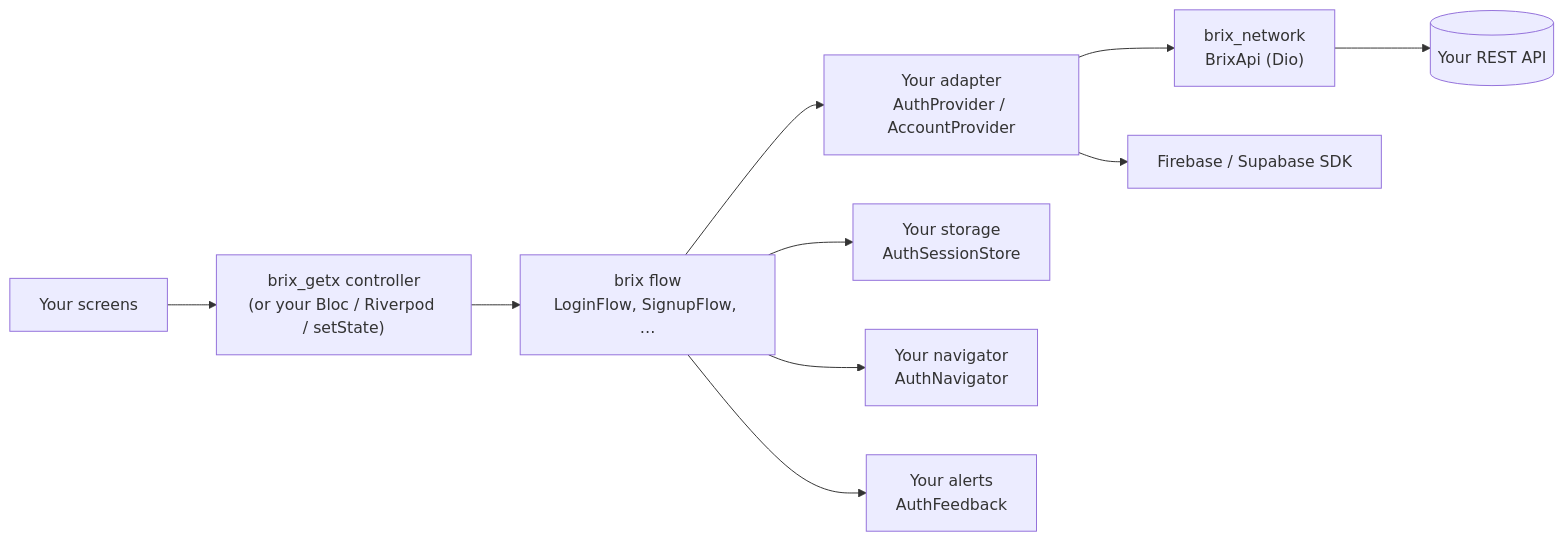
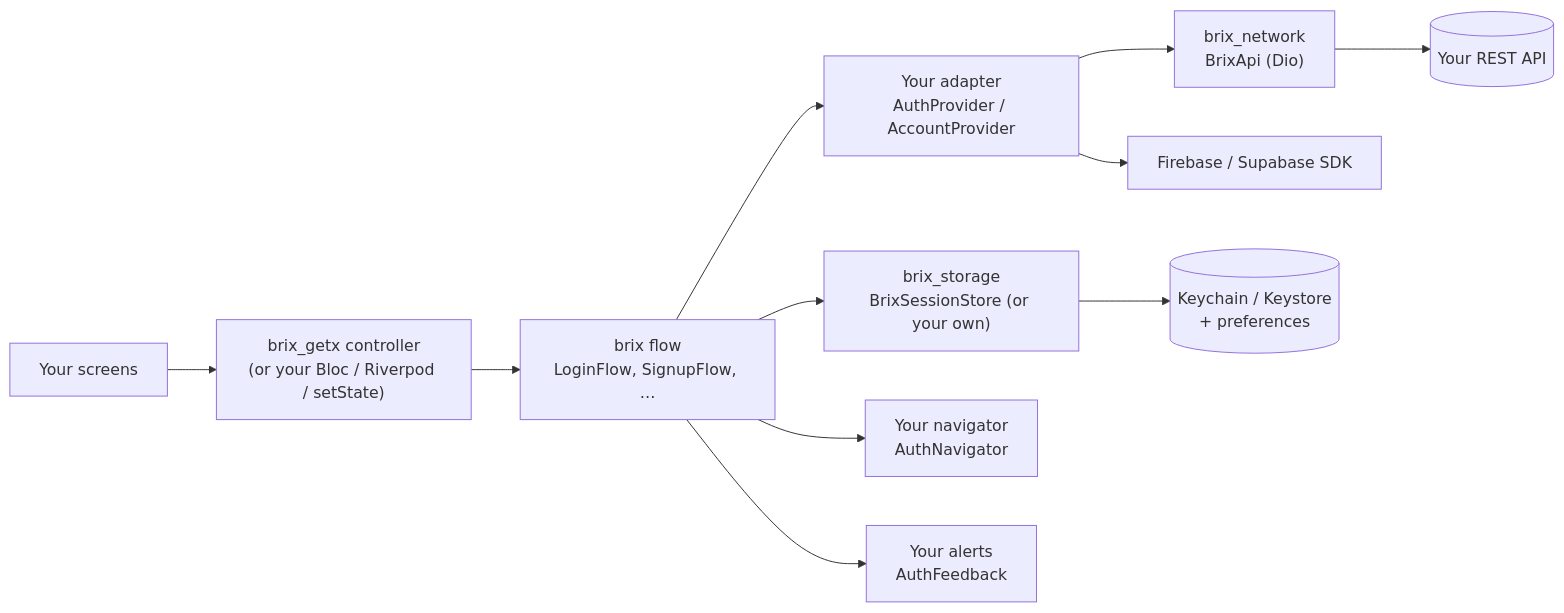
Before and after one commit to mrubaz/brix: the diagram in README.md, drawn with Mermaid. The commit also changed other lines of this file and 6 other files, not shown here.

````diff
--- a/README.md
+++ b/README.md
@@ -37,12 +37,13 @@
 ```mermaid
 flowchart LR
     UI["Your screens"] --> C["brix_getx controller<br/>(or your Bloc / Riverpod / setState)"]
     C --> F["brix flow<br/>LoginFlow, SignupFlow, …"]
     F --> A["Your adapter<br/>AuthProvider / AccountProvider"]
     A --> N["brix_network<br/>BrixApi (Dio)"]
     A --> S["Firebase / Supabase SDK"]
     N --> B[("Your REST API")]
-    F --> ST["Your storage<br/>AuthSessionStore"]
+    F --> ST["brix_storage<br/>BrixSessionStore (or your own)"]
+    ST --> K[("Keychain / Keystore<br/>+ preferences")]
     F --> NAV["Your navigator<br/>AuthNavigator"]
     F --> FB["Your alerts<br/>AuthFeedback"]
 ```
````
